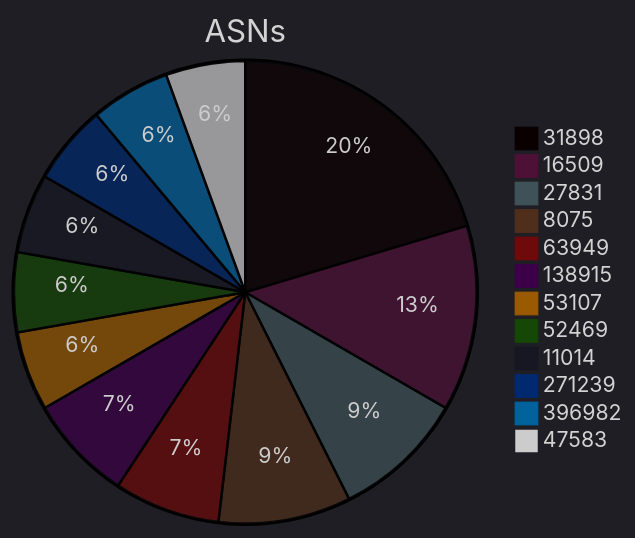
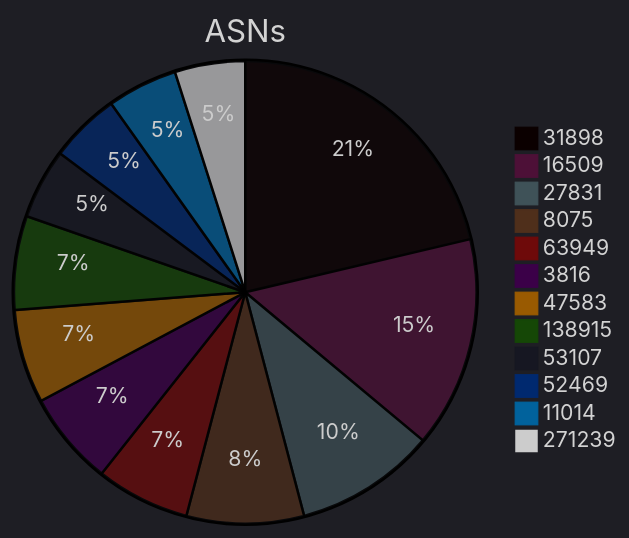
Before and after one commit to ZoqueLabs/website: the third of 8 diagrams in zolim.md, drawn with Mermaid. The commit also changed other lines of this file, not shown here.

````diff
--- a/zolim.md
+++ b/zolim.md
@@ -73,19 +73,19 @@
 ```mermaid
 ---
 config:
   theme: dark
 ---
 pie title ASNs
-  "31898" : 11
-  "16509" : 7
-  "27831" : 5
+  "31898" : 13
+  "16509" : 9
+  "27831" : 6
   "8075" : 5
   "63949" : 4
+  "3816" : 4
+  "47583" : 4
   "138915" : 4
   "53107" : 3
   "52469" : 3
   "11014" : 3
   "271239" : 3
-  "396982" : 3
-  "47583" : 3
 ```
````
